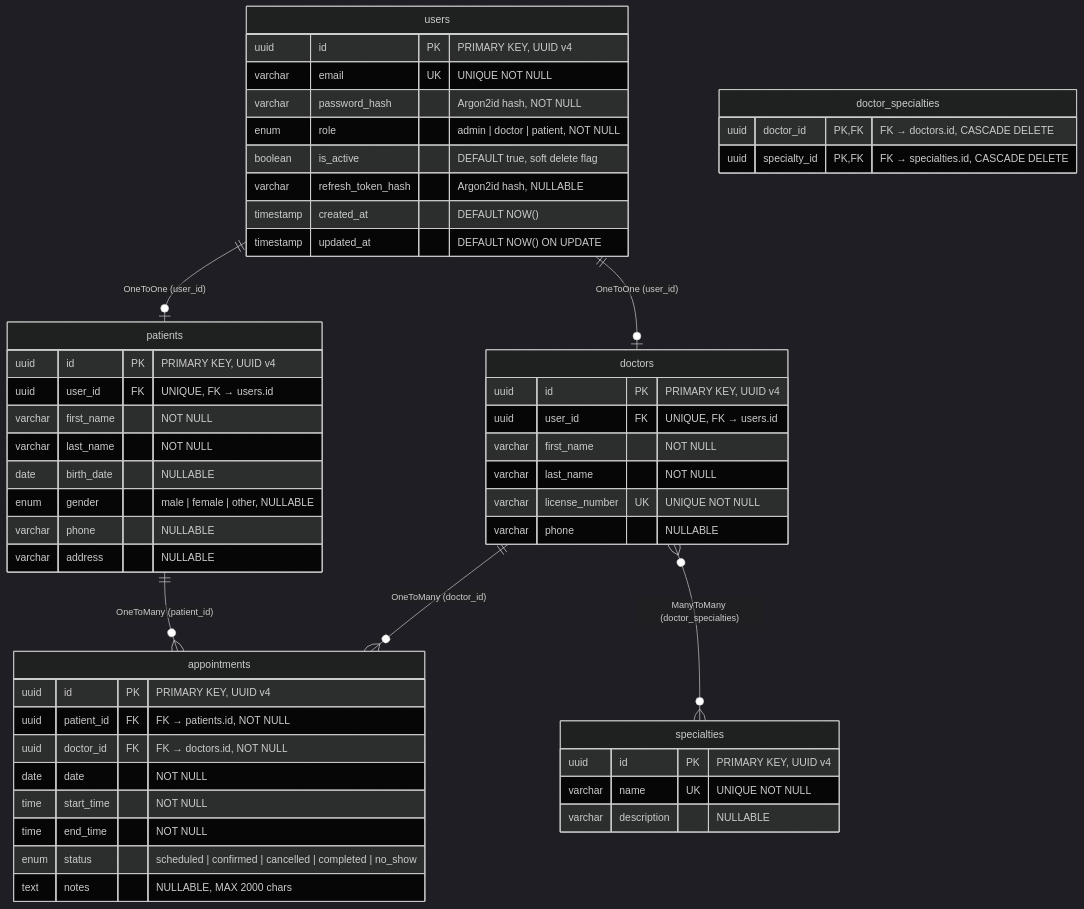
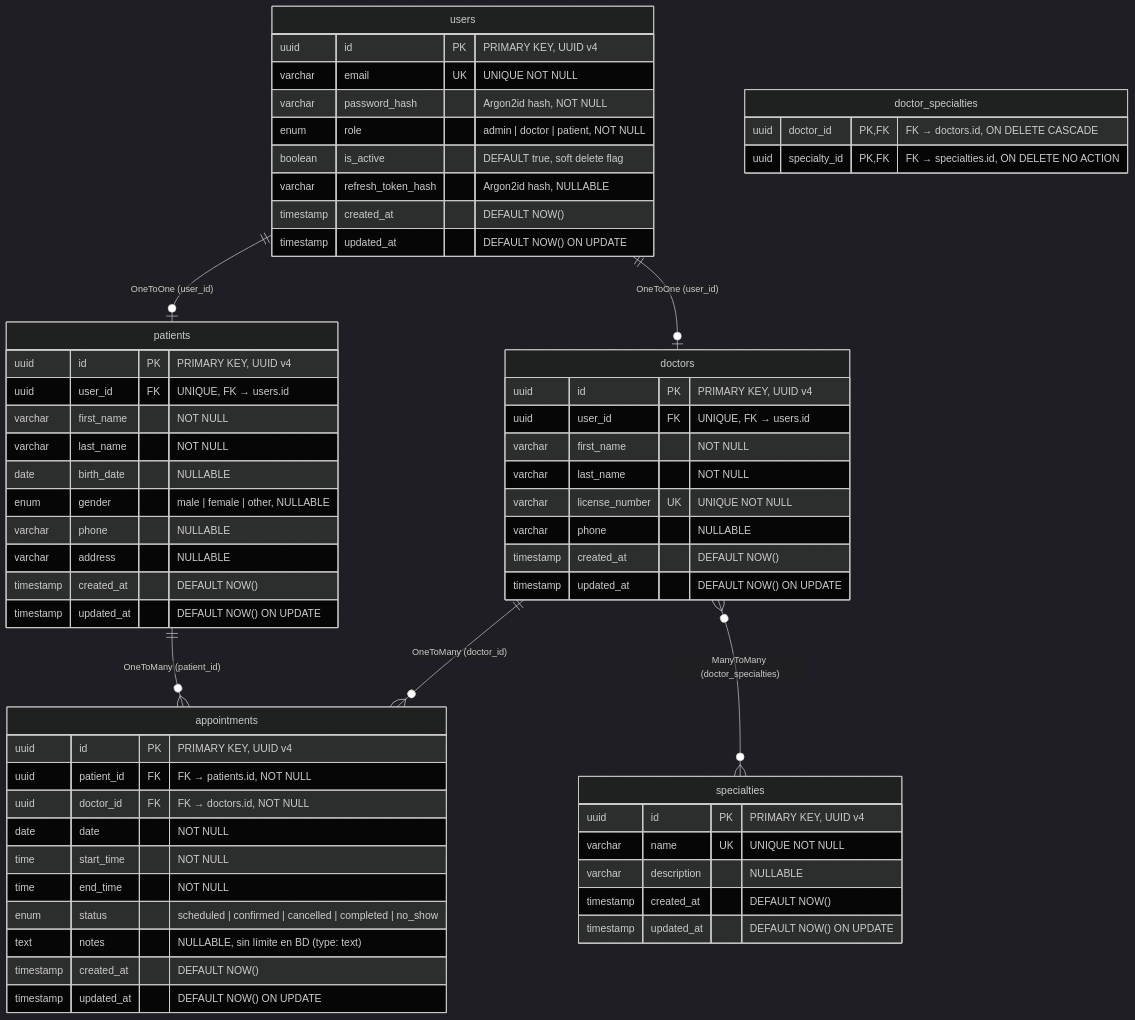
The diagram in ERD.md (MiguelAngelRamos/base-nest-deluxe), drawn with Mermaid (dark theme) before and after one commit. The commit also changed other lines of this file and 31 other files, not shown here.

````diff
--- a/ERD.md
+++ b/ERD.md
@@ -5,62 +5,70 @@
 ```mermaid
 erDiagram
 
     users {
         uuid id PK "PRIMARY KEY, UUID v4"
         varchar email UK "UNIQUE NOT NULL"
         varchar password_hash "Argon2id hash, NOT NULL"
         enum role "admin | doctor | patient, NOT NULL"
         boolean is_active "DEFAULT true, soft delete flag"
         varchar refresh_token_hash "Argon2id hash, NULLABLE"
         timestamp created_at "DEFAULT NOW()"
         timestamp updated_at "DEFAULT NOW() ON UPDATE"
     }
 
     patients {
         uuid id PK "PRIMARY KEY, UUID v4"
         uuid user_id FK "UNIQUE, FK → users.id"
         varchar first_name "NOT NULL"
         varchar last_name "NOT NULL"
         date birth_date "NULLABLE"
         enum gender "male | female | other, NULLABLE"
         varchar phone "NULLABLE"
         varchar address "NULLABLE"
+        timestamp created_at "DEFAULT NOW()"
+        timestamp updated_at "DEFAULT NOW() ON UPDATE"
     }
 
     doctors {
         uuid id PK "PRIMARY KEY, UUID v4"
         uuid user_id FK "UNIQUE, FK → users.id"
         varchar first_name "NOT NULL"
         varchar last_name "NOT NULL"
         varchar license_number UK "UNIQUE NOT NULL"
         varchar phone "NULLABLE"
+        timestamp created_at "DEFAULT NOW()"
+        timestamp updated_at "DEFAULT NOW() ON UPDATE"
     }
 
     specialties {
         uuid id PK "PRIMARY KEY, UUID v4"
         varchar name UK "UNIQUE NOT NULL"
         varchar description "NULLABLE"
+        timestamp created_at "DEFAULT NOW()"
+        timestamp updated_at "DEFAULT NOW() ON UPDATE"
     }
 
     doctor_specialties {
-        uuid doctor_id PK,FK "FK → doctors.id, CASCADE DELETE"
-        uuid specialty_id PK,FK "FK → specialties.id, CASCADE DELETE"
+        uuid doctor_id PK,FK "FK → doctors.id, ON DELETE CASCADE"
+        uuid specialty_id PK,FK "FK → specialties.id, ON DELETE NO ACTION"
     }
 
     appointments {
         uuid id PK "PRIMARY KEY, UUID v4"
         uuid patient_id FK "FK → patients.id, NOT NULL"
         uuid doctor_id FK "FK → doctors.id, NOT NULL"
         date date "NOT NULL"
         time start_time "NOT NULL"
         time end_time "NOT NULL"
         enum status "scheduled | confirmed | cancelled | completed | no_show"
-        text notes "NULLABLE, MAX 2000 chars"
+        text notes "NULLABLE, sin límite en BD (type: text)"
+        timestamp created_at "DEFAULT NOW()"
+        timestamp updated_at "DEFAULT NOW() ON UPDATE"
     }
 
     users ||--o| patients : "OneToOne (user_id)"
     users ||--o| doctors : "OneToOne (user_id)"
     patients ||--o{ appointments : "OneToMany (patient_id)"
     doctors ||--o{ appointments : "OneToMany (doctor_id)"
     doctors }o--o{ specialties : "ManyToMany (doctor_specialties)"
 ```
````
